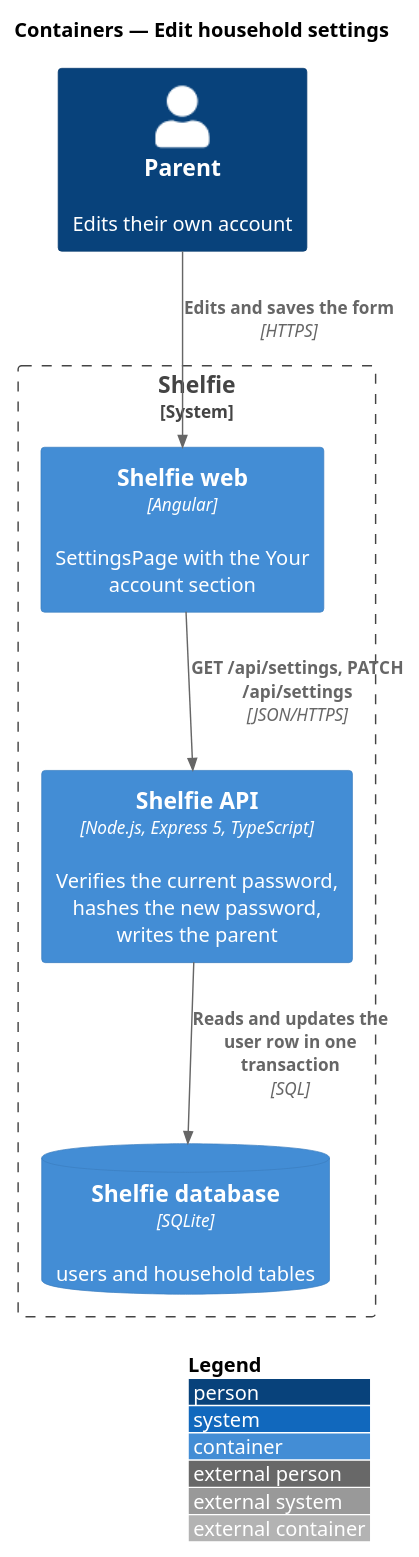
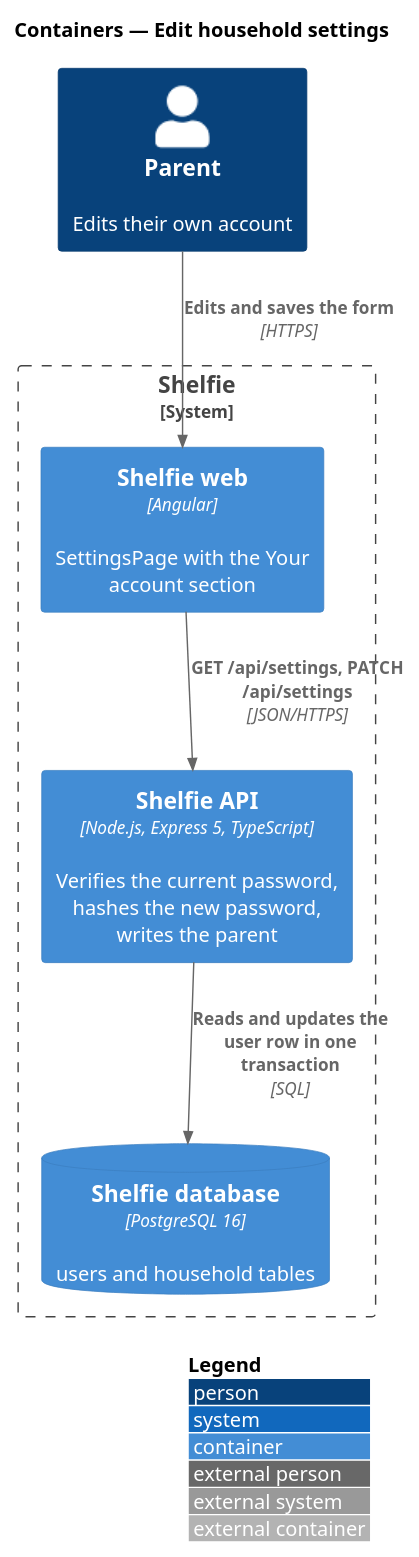
Before and after one commit to QuinntyneBrown/shelfie: the diagram in docs/detailed-designs/settings/edit-household-settings/diagrams/c4-container.puml, drawn with PlantUML. The commit also changed 222 other files, not shown here.

First line of the commit message:
Require a managed PostgreSQL database and data protection for a public Shelfie

```diff
--- a/docs/detailed-designs/settings/edit-household-settings/diagrams/c4-container.puml
+++ b/docs/detailed-designs/settings/edit-household-settings/diagrams/c4-container.puml
@@ -1,15 +1,15 @@
 @startuml
 !include <C4/C4_Container>
 LAYOUT_WITH_LEGEND()
 title Containers — Edit household settings
 
 Person(parent, "Parent", "Edits their own account")
 System_Boundary(shelfie, "Shelfie") {
   Container(web, "Shelfie web", "Angular", "SettingsPage with the Your account section")
   Container(api, "Shelfie API", "Node.js, Express 5, TypeScript", "Verifies the current password, hashes the new password, writes the parent")
-  ContainerDb(db, "Shelfie database", "SQLite", "users and household tables")
+  ContainerDb(db, "Shelfie database", "PostgreSQL 16", "users and household tables")
 }
 Rel(parent, web, "Edits and saves the form", "HTTPS")
 Rel(web, api, "GET /api/settings, PATCH /api/settings", "JSON/HTTPS")
 Rel(api, db, "Reads and updates the user row in one transaction", "SQL")
 @enduml
```
